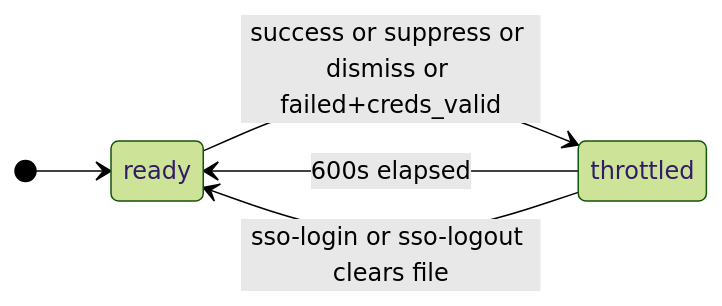
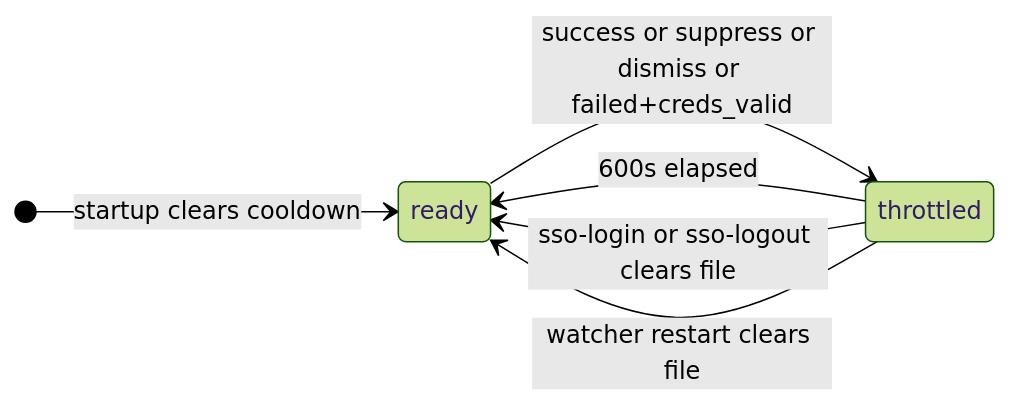
The eighth of 10 diagrams in docs/state-machine.md (rp-arielrodriguez/bazel-aws-maven-proxy), drawn with Mermaid (forest theme) before and after one commit. The commit also changed other lines of this file and 5 other files, not shown here.

Commit message:
clear cooldown on watcher startup so mise run start responds to signals immediately

````diff
--- a/docs/state-machine.md
+++ b/docs/state-machine.md
@@ -160,8 +160,9 @@
 ```mermaid
 stateDiagram-v2
     direction LR
-    [*] --> ready
+    [*] --> ready : startup clears cooldown
     ready --> throttled : success or suppress or dismiss or failed+creds_valid
     throttled --> ready : 600s elapsed
     throttled --> ready : sso-login or sso-logout clears file
+    throttled --> ready : watcher restart clears file
 ```
````
